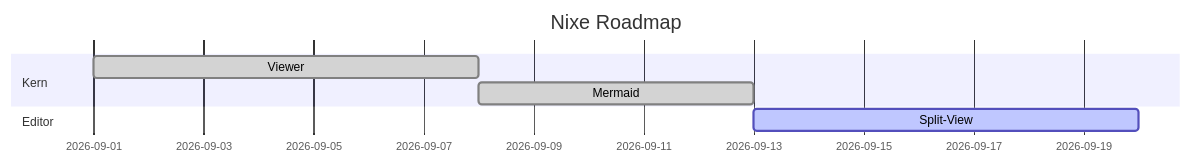
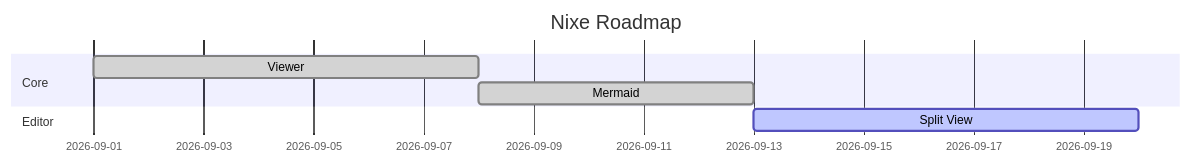
One commit to GravionLabs/nixe changed the third of 5 diagrams in fixtures/mermaid.md. Above: the diagram before and after it, drawn with Mermaid. The commit also changed other lines of this file and 20 other files, not shown here.

````diff
--- a/fixtures/mermaid.md
+++ b/fixtures/mermaid.md
@@ -24,10 +24,10 @@
 ```mermaid
 gantt
     title Nixe Roadmap
     dateFormat YYYY-MM-DD
-    section Kern
+    section Core
     Viewer        :done,    v1, 2026-09-01, 7d
     Mermaid       :done,    v2, after v1, 5d
     section Editor
-    Split-View    :active,  e1, after v2, 7d
+    Split View    :active,  e1, after v2, 7d
 ```
````
